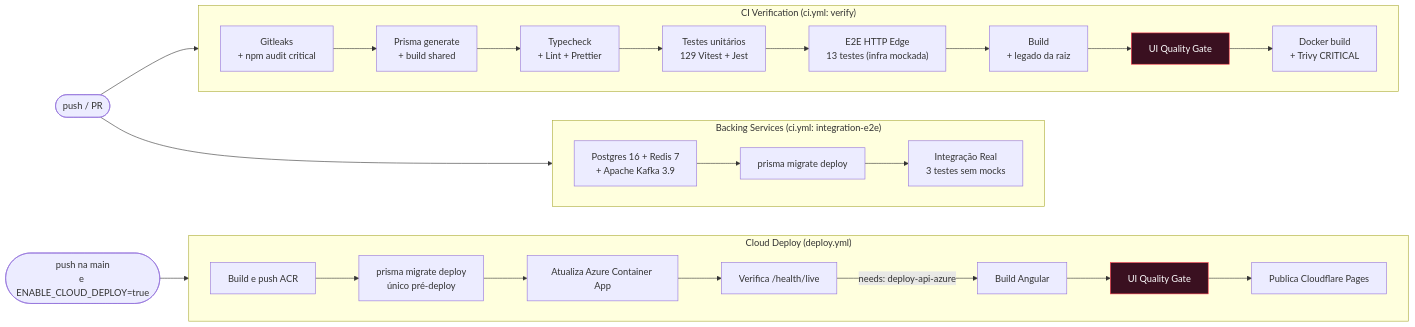
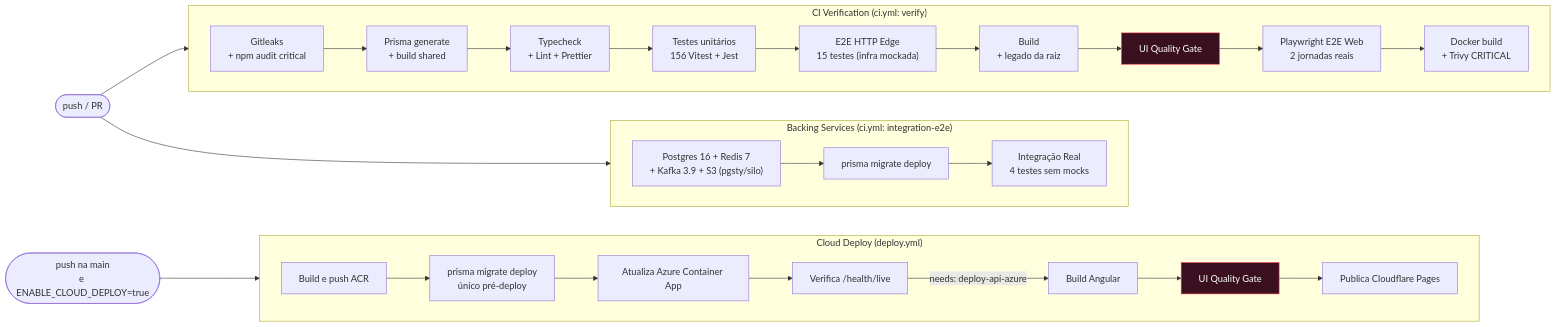
One commit to Digooow/pokedex-frontend changed the eighth of 12 diagrams in README.md. Above: the diagram before and after it, drawn with Mermaid. The commit also changed other lines of this file and 34 other files, not shown here.

````diff
--- a/README.md
+++ b/README.md
@@ -473,31 +473,32 @@
 ```mermaid
 flowchart LR
   push(["push / PR"]) --> v
   push --> integ
 
   subgraph v["CI Verification (ci.yml: verify)"]
     direction LR
     s0["Gitleaks<br/>+ npm audit critical"] --> s1["Prisma generate<br/>+ build shared"] --> s2["Typecheck<br/>+ Lint + Prettier"]
-    s2 --> s4["Testes unitários<br/>129 Vitest + Jest"]
-    s4 --> s5["E2E HTTP Edge<br/>13 testes (infra mockada)"]
+    s2 --> s4["Testes unitários<br/>156 Vitest + Jest"]
+    s4 --> s5["E2E HTTP Edge<br/>15 testes (infra mockada)"]
     s5 --> s6["Build<br/>+ legado da raiz"]
     s6 --> s7["UI Quality Gate"]
-    s7 --> s8["Docker build<br/>+ Trivy CRITICAL"]
+    s7 --> s7b["Playwright E2E Web<br/>2 jornadas reais"]
+    s7b --> s8["Docker build<br/>+ Trivy CRITICAL"]
   end
 
   subgraph integ["Backing Services (ci.yml: integration-e2e)"]
     direction LR
-    i1["Postgres 16 + Redis 7<br/>+ Apache Kafka 3.9"] --> i2["prisma migrate deploy"] --> i3["Integração Real<br/>3 testes sem mocks"]
+    i1["Postgres 16 + Redis 7<br/>+ Kafka 3.9 + S3 (pgsty/silo)"] --> i2["prisma migrate deploy"] --> i3["Integração Real<br/>4 testes sem mocks"]
   end
 
   push2(["push na main<br/>e ENABLE_CLOUD_DEPLOY=true"]) --> d
 
   subgraph d["Cloud Deploy (deploy.yml)"]
     direction LR
     a1["Build e push ACR"] --> a1b["prisma migrate deploy<br/>único pré-deploy"] --> a2["Atualiza Azure Container App"] --> a3["Verifica /health/live"]
     a3 -->|"needs: deploy-api-azure"| b1["Build Angular"] --> b2["UI Quality Gate"] --> b3["Publica Cloudflare Pages"]
   end
 
   classDef gate fill:#3a1020,stroke:#ff3b4e,color:#fff
   class s7,b2 gate
 ```
````
